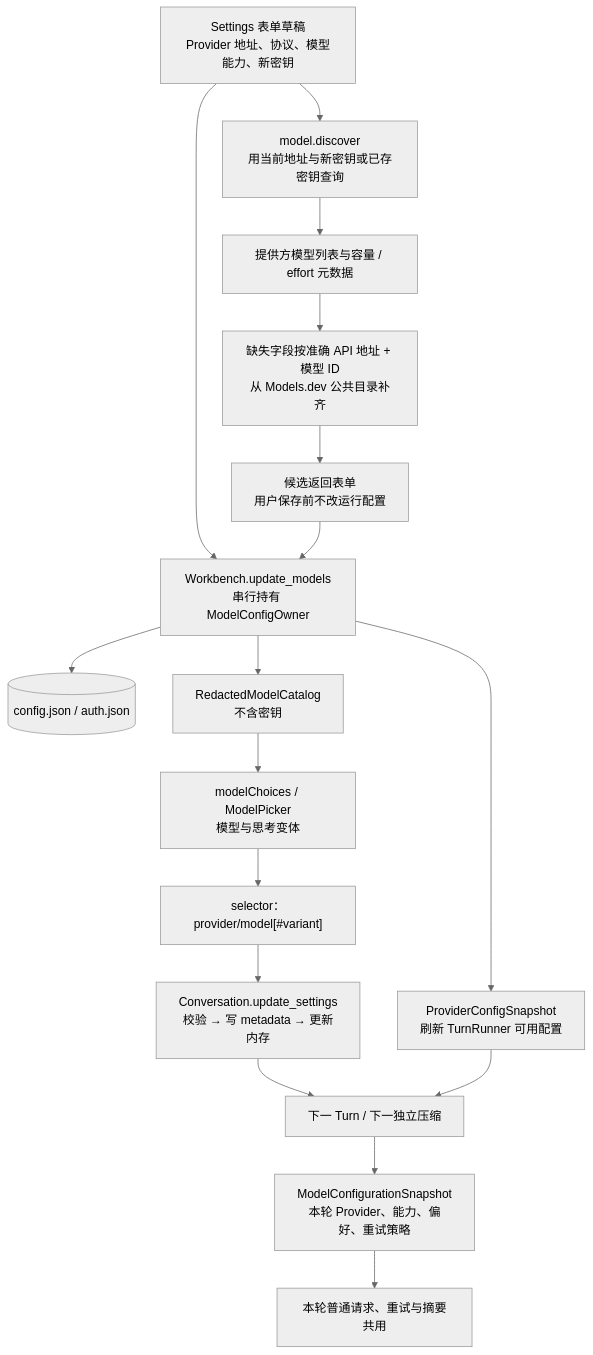
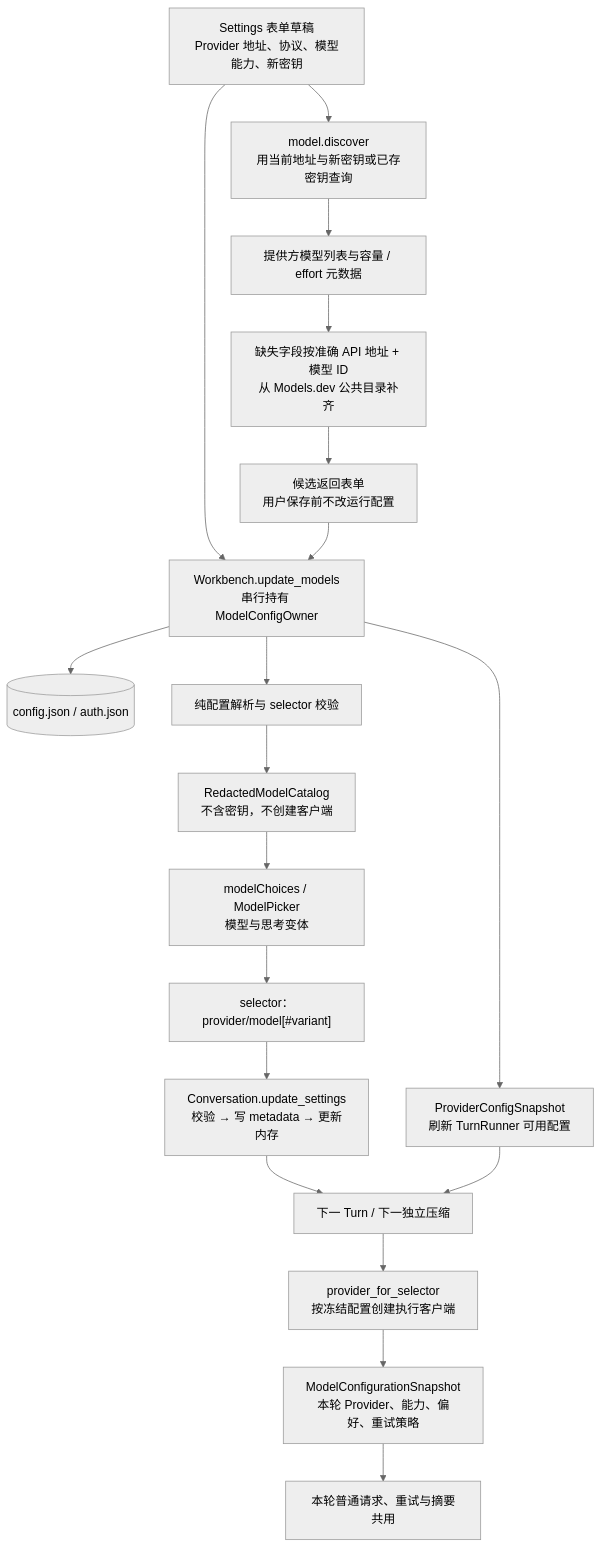
Diagram 18 of 29 in docs/singularity.md (qjcnmd/singularity-agent), drawn with Mermaid (neutral theme) before and after one commit. The commit also changed other lines of this file and 71 other files, not shown here.

````diff
--- a/docs/singularity.md
+++ b/docs/singularity.md
@@ -471,19 +478,21 @@
 ```mermaid
 flowchart TB
     Form["Settings 表单草稿<br/>Provider 地址、协议、模型能力、新密钥"] --> Discover["model.discover<br/>用当前地址与新密钥或已存密钥查询"]
     Discover --> Remote["提供方模型列表与容量 / effort 元数据"]
     Remote --> Missing["缺失字段按准确 API 地址 + 模型 ID<br/>从 Models.dev 公共目录补齐"]
     Missing --> Candidates["候选返回表单<br/>用户保存前不改运行配置"]
     Form --> Save["Workbench.update_models<br/>串行持有 ModelConfigOwner"]
     Candidates --> Save
     Save --> Disk[("config.json / auth.json")]
     Save --> ProviderSnapshot["ProviderConfigSnapshot<br/>刷新 TurnRunner 可用配置"]
-    Save --> Catalog["RedactedModelCatalog<br/>不含密钥"]
+    Save --> Parsed["纯配置解析与 selector 校验"]
+    Parsed --> Catalog["RedactedModelCatalog<br/>不含密钥，不创建客户端"]
     Catalog --> Picker["modelChoices / ModelPicker<br/>模型与思考变体"]
     Picker --> Selector["selector：provider/model[#variant]"]
     Selector --> Settings["Conversation.update_settings<br/>校验 → 写 metadata → 更新内存"]
     Settings --> Next["下一 Turn / 下一独立压缩"]
     ProviderSnapshot --> Next
-    Next --> Frozen["ModelConfigurationSnapshot<br/>本轮 Provider、能力、偏好、重试策略"]
+    Next --> Factory["provider_for_selector<br/>按冻结配置创建执行客户端"]
+    Factory --> Frozen["ModelConfigurationSnapshot<br/>本轮 Provider、能力、偏好、重试策略"]
     Frozen --> Requests["本轮普通请求、重试与摘要共用"]
 ```
````
